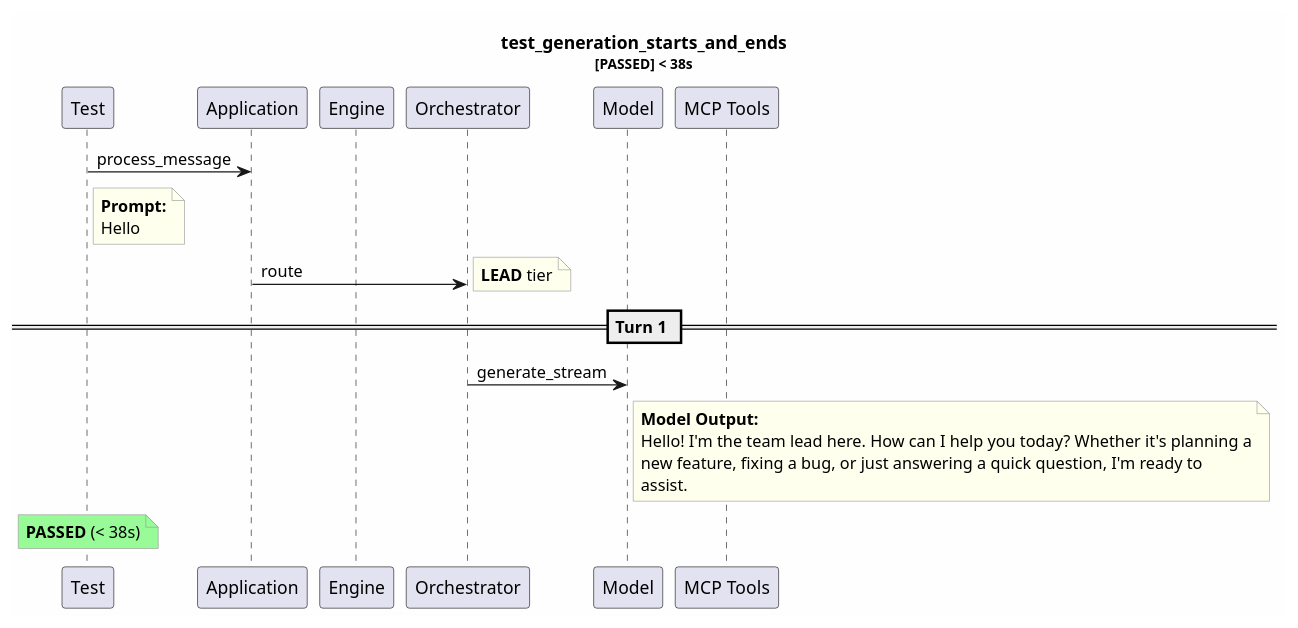
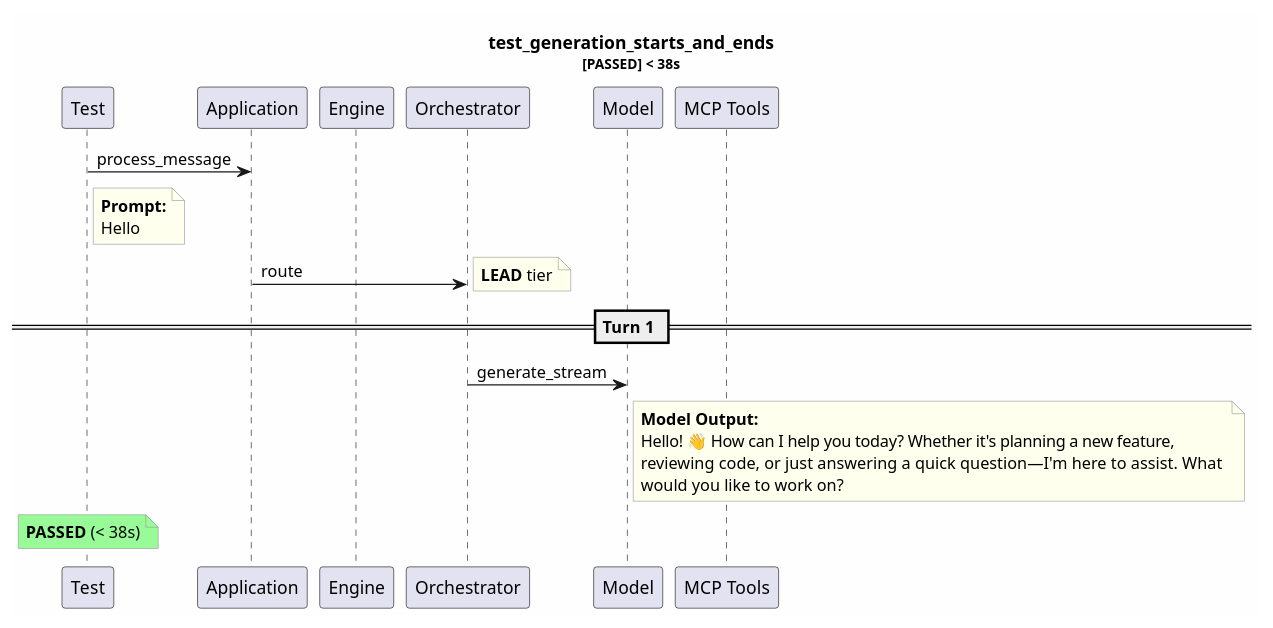
One commit to tvanfossen/entropic changed the diagram in test-reports/logs/test_generation_starts_and_ends/test_generation_starts_and_ends.puml. Above: the diagram before and after it, drawn with PlantUML. The commit also changed 85 other files, not shown here.

```diff
--- a/test-reports/logs/test_generation_starts_and_ends/test_generation_starts_and_ends.puml
+++ b/test-reports/logs/test_generation_starts_and_ends/test_generation_starts_and_ends.puml
@@ -1,33 +1,33 @@
 @startuml
 skinparam backgroundColor #FEFEFE
 skinparam noteBorderColor #999999
 skinparam noteBackgroundColor #FFFFEE
 title test_generation_starts_and_ends\n<size:11>[PASSED] < 38s</size>
 
 participant "Test" as T
 participant "Application" as App
 participant "Engine" as Eng
 participant "Orchestrator" as Orch
 participant "Model" as Mdl
 participant "MCP Tools" as MCP
 
 T -> App: process_message
 note right of T
   **Prompt:**
   Hello
 end note
 App -> Orch: route
 note right: **LEAD** tier
 == Turn 1 ==
 Orch -> Mdl: generate_stream
 note right of Mdl
   **Model Output:**
-  Hello! I'm the team lead here. How can I help you today? Whether it's planning a
-  new feature, fixing a bug, or just answering a quick question, I'm ready to 
-  assist.
+  Hello! 👋 How can I help you today? Whether it's planning a new feature, 
+  reviewing code, or just answering a quick question—I'm here to assist. What 
+  would you like to work on?
 end note
 note over T #palegreen
   **PASSED** (< 38s)
 end note
 
 @enduml
```
